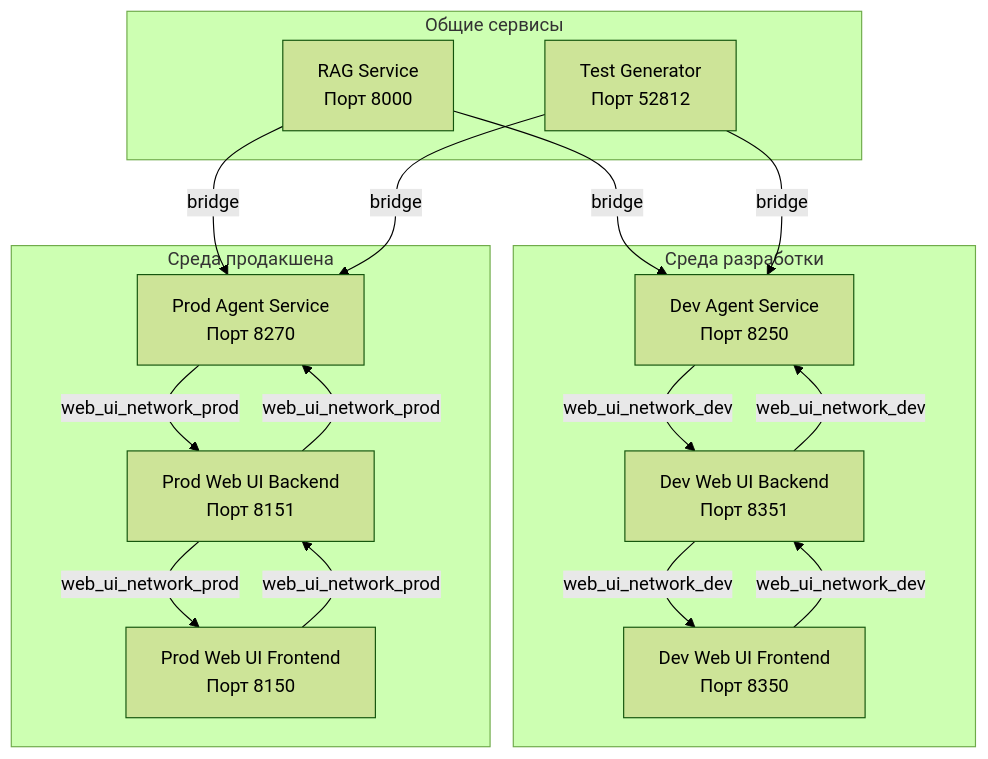
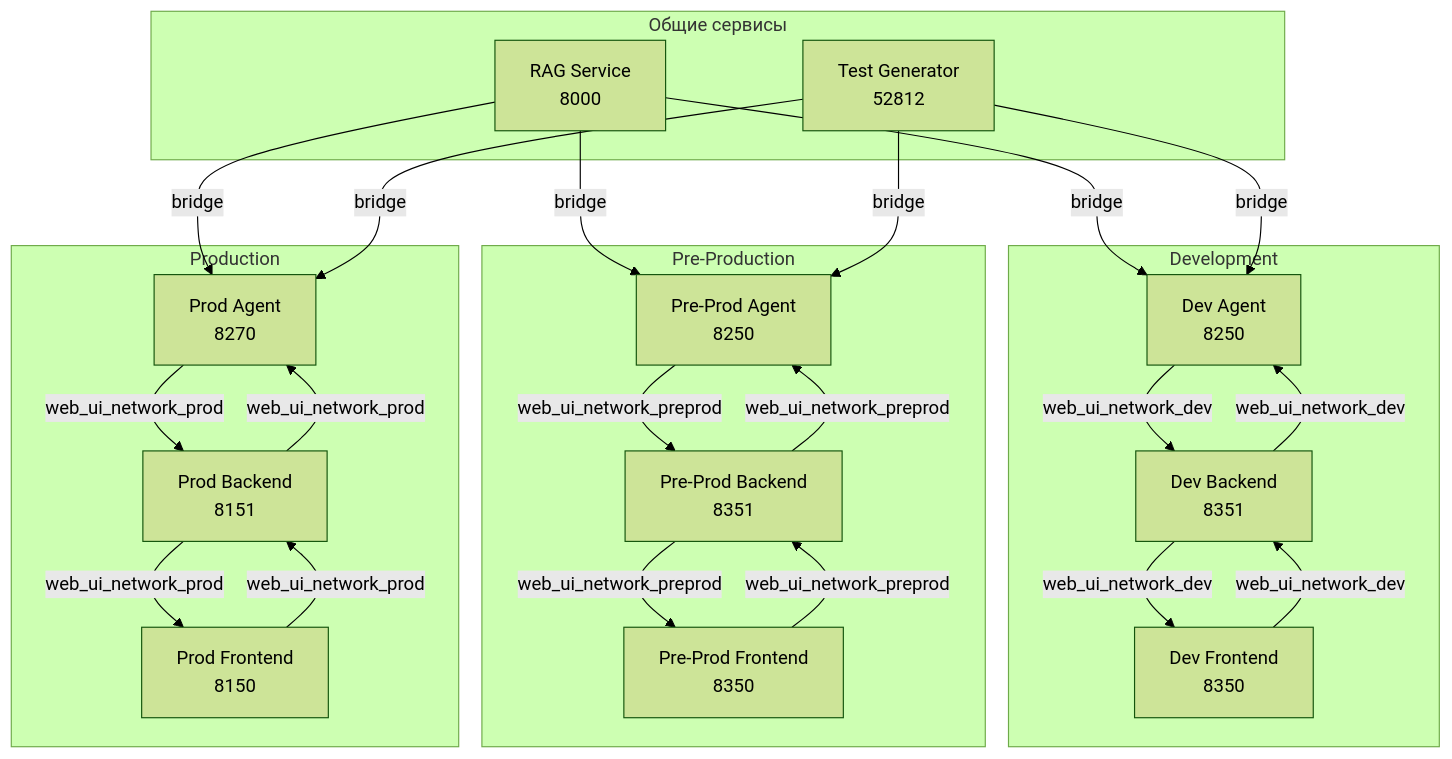
Before and after one commit to Lifelong-Learning-Assisttant/agent_service: the diagram in docs/network_interaction.md, drawn with Mermaid (forest theme). The commit also changed other lines of this file and 2 other files, not shown here.

First line of the commit message:
ci: Добавлен промежуточный этап в пайплайн развертывания для проверки production-сборок перед финальным релизом - pre-prod.

````diff
--- a/docs/network_interaction.md
+++ b/docs/network_interaction.md
@@ -15,23 +18,32 @@
 ```mermaid
 graph TD
-    subgraph Среда разработки
-        A1[Dev Agent Service<br/>Порт 8250] -->|web_ui_network_dev| B1[Dev Web UI Backend<br/>Порт 8351]
+    subgraph Development
+        A1[Dev Agent<br/>8250] -->|web_ui_network_dev| B1[Dev Backend<br/>8351]
         B1 -->|web_ui_network_dev| A1
-        B1 -->|web_ui_network_dev| C1[Dev Web UI Frontend<br/>Порт 8350]
+        B1 -->|web_ui_network_dev| C1[Dev Frontend<br/>8350]
         C1 -->|web_ui_network_dev| B1
     end
 
-    subgraph Среда продакшена
-        A2[Prod Agent Service<br/>Порт 8270] -->|web_ui_network_prod| B2[Prod Web UI Backend<br/>Порт 8151]
-        B2 -->|web_ui_network_prod| A2
-        B2 -->|web_ui_network_prod| C2[Prod Web UI Frontend<br/>Порт 8150]
-        C2 -->|web_ui_network_prod| B2
+    subgraph Pre-Production
+        A2[Pre-Prod Agent<br/>8250] -->|web_ui_network_preprod| B2[Pre-Prod Backend<br/>8351]
+        B2 -->|web_ui_network_preprod| A2
+        B2 -->|web_ui_network_preprod| C2[Pre-Prod Frontend<br/>8350]
+        C2 -->|web_ui_network_preprod| B2
+    end
+
+    subgraph Production
+        A3[Prod Agent<br/>8270] -->|web_ui_network_prod| B3[Prod Backend<br/>8151]
+        B3 -->|web_ui_network_prod| A3
+        B3 -->|web_ui_network_prod| C3[Prod Frontend<br/>8150]
+        C3 -->|web_ui_network_prod| B3
     end
 
     subgraph Общие сервисы
-        D[RAG Service<br/>Порт 8000] -->|bridge| A1
+        D[RAG Service<br/>8000] -->|bridge| A1
         D -->|bridge| A2
-        E[Test Generator<br/>Порт 52812] -->|bridge| A1
+        D -->|bridge| A3
+        E[Test Generator<br/>52812] -->|bridge| A1
         E -->|bridge| A2
+        E -->|bridge| A3
     end
 ```
````
